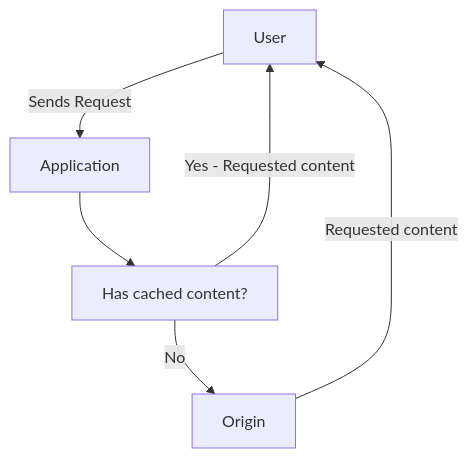
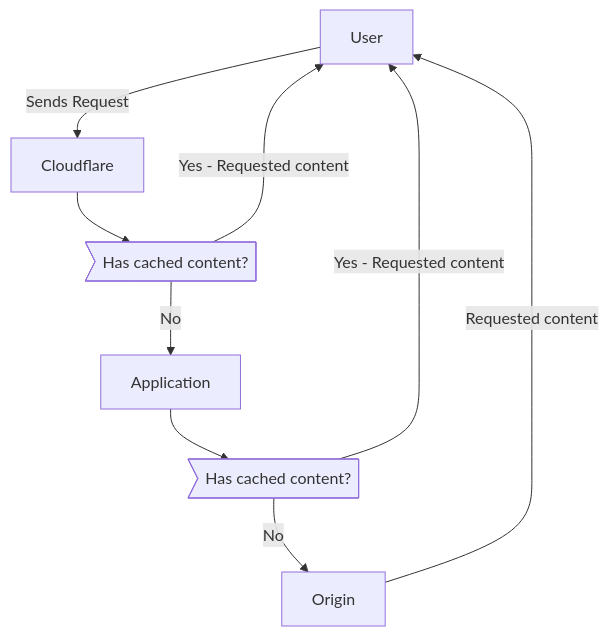
One commit to cloudflare/cloudflare-docs changed the diagram in content/learning-paths/_partials/_cache-basic-diagram.md. Above: the diagram before and after it, drawn with Mermaid. The commit also changed 10 other files, not shown here.

````diff
--- a/content/learning-paths/_partials/_cache-basic-diagram.md
+++ b/content/learning-paths/_partials/_cache-basic-diagram.md
@@ -8,8 +8,11 @@
 ```mermaid
 flowchart TD;
-    User-->|Sends Request|Application;
-    Application-->B[Has cached content?];
+    User-->|Sends Request|Cloudflare;
+    Cloudflare-->B>Has cached content?];
     B-->|Yes - Requested content|User;
-    B-->|No|Origin
-    Origin-->|Requested content|User
+    B-->|No|C[Application];
+    C -->D>Has cached content?];
+    D-->|Yes - Requested content|User;
+    D-->|No|Origin;
+    Origin-->|Requested content|User;
 ```
````
